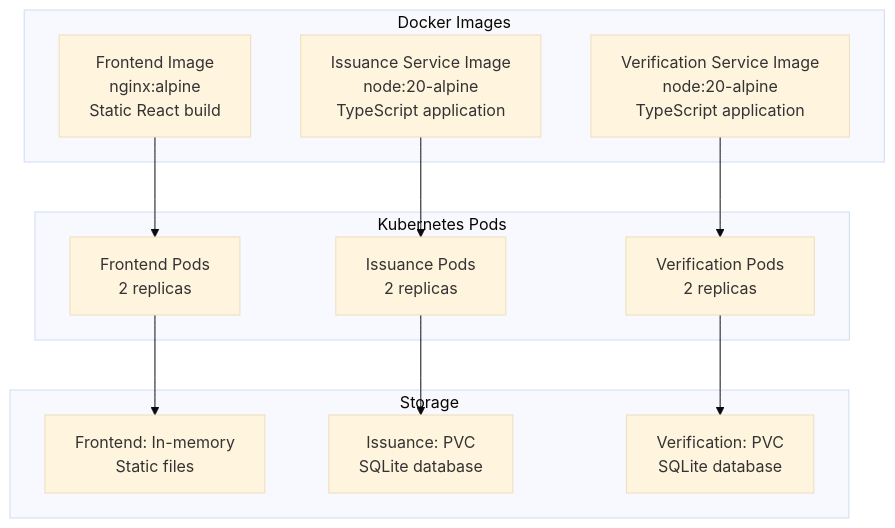
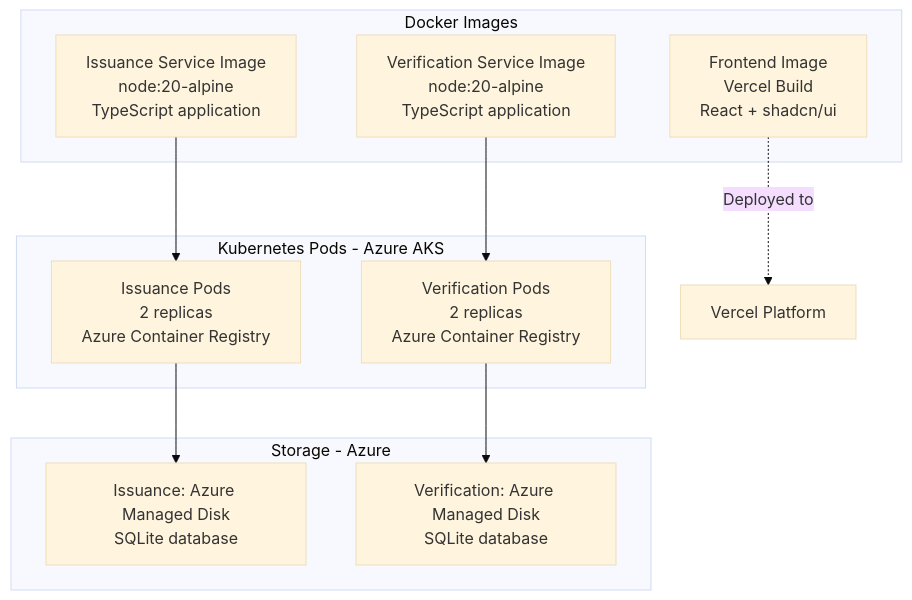
One commit to Souravbudke/kube-credential changed the fifth of 9 diagrams in ARCHITECTURE.md. Above: the diagram before and after it, drawn with Mermaid (base theme). The commit also changed other lines of this file and 1 other file, not shown here.

Commit message:
Update documentation to reflect Azure AKS + Vercel architecture

````diff
--- a/ARCHITECTURE.md
+++ b/ARCHITECTURE.md
@@ -299,28 +308,25 @@
 ```mermaid
 graph TB
     subgraph "Docker Images"
-        A[Frontend Image<br/>nginx:alpine<br/>Static React build]
+        A[Frontend Image<br/>Vercel Build<br/>React + shadcn/ui]
         B[Issuance Service Image<br/>node:20-alpine<br/>TypeScript application]
         C[Verification Service Image<br/>node:20-alpine<br/>TypeScript application]
     end
     
-    subgraph "Kubernetes Pods"
-        D[Frontend Pods<br/>2 replicas]
-        E[Issuance Pods<br/>2 replicas]
-        F[Verification Pods<br/>2 replicas]
+    subgraph "Kubernetes Pods - Azure AKS"
+        D[Issuance Pods<br/>2 replicas<br/>Azure Container Registry]
+        E[Verification Pods<br/>2 replicas<br/>Azure Container Registry]
     end
     
-    subgraph "Storage"
-        G[Frontend: In-memory<br/>Static files]
-        H[Issuance: PVC<br/>SQLite database]
-        I[Verification: PVC<br/>SQLite database]
+    subgraph "Storage - Azure"
+        F[Issuance: Azure Managed Disk<br/>SQLite database]
+        G[Verification: Azure Managed Disk<br/>SQLite database]
     end
     
-    A --> D
-    B --> E
-    C --> F
+    A -.->|Deployed to| H[Vercel Platform]
+    B --> D
+    C --> E
     
-    D --> G
-    E --> H
-    F --> I
+    D --> F
+    E --> G
 ```
````
